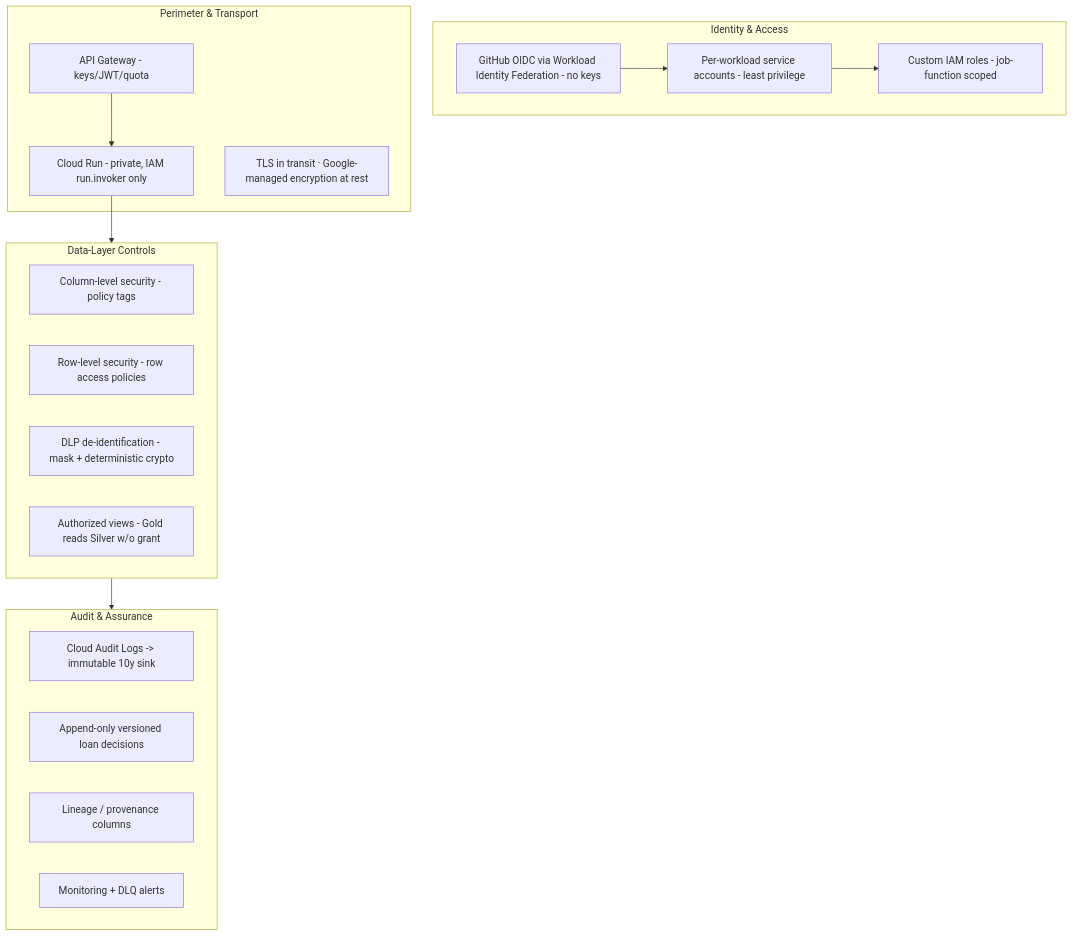
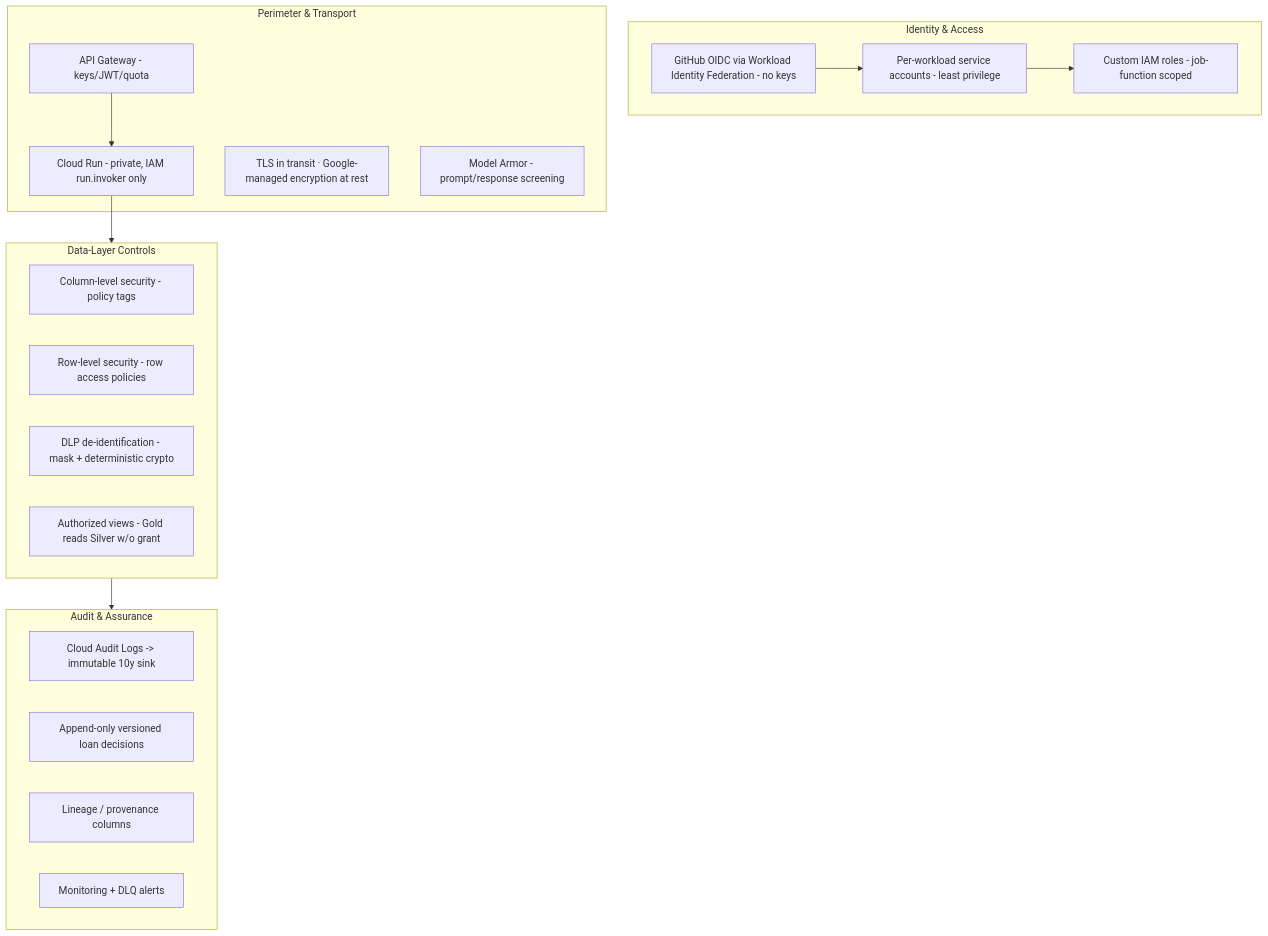
Before and after one commit to jeremydegardeyn/finchat: the diagram in docs/06-security-architecture.md, drawn with Mermaid. The commit also changed other lines of this file and 27 other files, not shown here.

First line of the commit message:
Increment 8: Model Armor LLM screening + Cloud Run custom domain

````diff
--- a/docs/06-security-architecture.md
+++ b/docs/06-security-architecture.md
@@ -6,28 +6,29 @@
 ```mermaid
 flowchart TB
   subgraph identity["Identity & Access"]
     WIF[GitHub OIDC via Workload Identity Federation - no keys]
     SA[Per-workload service accounts - least privilege]
     CR[Custom IAM roles - job-function scoped]
   end
   subgraph perimeter["Perimeter & Transport"]
     GW[API Gateway - keys/JWT/quota]
     RUN[Cloud Run - private, IAM run.invoker only]
     TLS[TLS in transit · Google-managed encryption at rest]
+    ARMOR[Model Armor - prompt/response screening]
   end
   subgraph data["Data-Layer Controls"]
     CLS[Column-level security - policy tags]
     RLS[Row-level security - row access policies]
     DLP[DLP de-identification - mask + deterministic crypto]
     AV[Authorized views - Gold reads Silver w/o grant]
   end
   subgraph assurance["Audit & Assurance"]
     AUDIT[Cloud Audit Logs -> immutable 10y sink]
     APPEND[Append-only versioned loan decisions]
     LINE[Lineage / provenance columns]
     MON[Monitoring + DLQ alerts]
   end
   WIF --> SA --> CR
   GW --> RUN --> data
   data --> assurance
 ```
````
